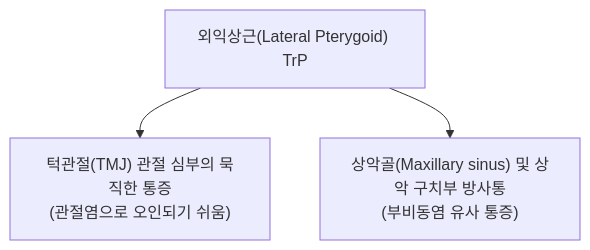
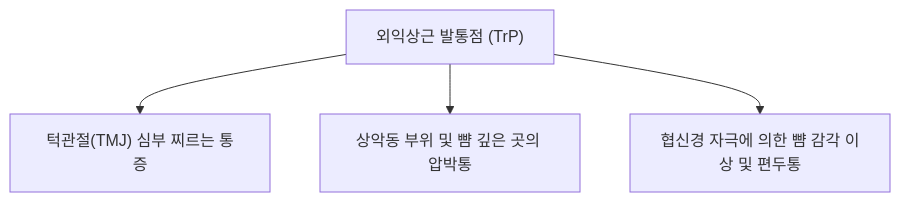
The second of 2 diagrams in content/1. 근골격계 공부/근육/(1) 안면부/외익상근.md (simbio11/simbio-digital-garden2), drawn with Mermaid before and after one commit. The commit also changed other lines of this file and 875 other files, not shown here.

````diff
--- a/content/1. 근골격계 공부/근육/(1) 안면부/외익상근.md
+++ b/content/1. 근골격계 공부/근육/(1) 안면부/외익상근.md
@@ -59,5 +76,6 @@
 ```mermaid
 graph TD
-    TP_Lat["외익상근(Lateral Pterygoid) TrP"] --> Zone1["턱관절(TMJ) 관절 심부의 묵직한 통증<br>(관절염으로 오인되기 쉬움)"]
-    TP_Lat --> Zone2["상악골(Maxillary sinus) 및 상악 구치부 방사통<br>(부비동염 유사 통증)"]
+    TP["외익상근 발통점 (TrP)"] --> Zone1["턱관절(TMJ) 심부 찌르는 통증"]
+    TP --> Zone2["상악동 부위 및 뺨 깊은 곳의 압박통"]
+    TP --> Zone3["협신경 자극에 의한 뺨 감각 이상 및 편두통"]
 ```
````
